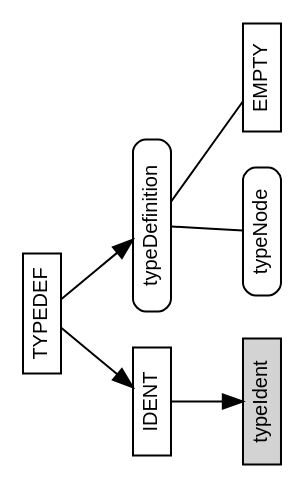
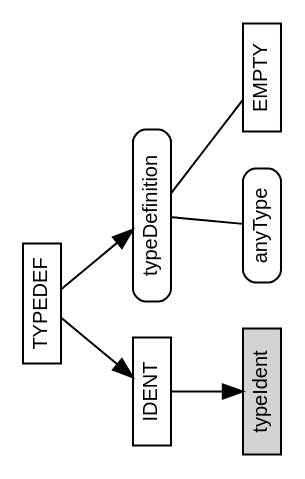
Before and after one commit to m2sf/M2-AST-Node-Diagrams: the diagram in typedef.dot, drawn with Graphviz.

```diff
--- a/typedef.dot
+++ b/typedef.dot
@@ -1,70 +1,70 @@
 /* AST node diagram generator script collection for M2C, M2J and M2Sharp.
  *
  * Copyright (c) 2016 The Modula-2 Software Foundation
  *
  * Author & Maintainer: Benjamin Kowarsch <org.m2sf>
  *
  * @synopsis
  *
  * The M2C, M2J and M2Sharp compilers are multi-dialect Modula-2 translators
  * and compilers respectively targeting C99, Java/JVM and C#/CLR, sharing a
  * common abstract syntax tree (AST) specification.
  *
  * The AST node diagram generator script collection consists of Graphviz DOT
  * descriptions for all AST node types of the common AST specification.
  *
  * The Graphviz dot utility is required to generate the diagrams. 
  * It may be obtained from http://www.graphviz.org/download.php.
  *
  * @repository
  *
  * https://github.com/m2sf/m2-ast-node-diagrams
  *
  * @file
  *
  * typedef.dot
  *
  * TYPEDEF node diagram.
  *
  * Usage: $ dot typedef.dot -Tps > typedef.ps
  *
  * @license
  *
  * This is free software: you can redistribute and/or modify it under the
  * terms of the GNU Lesser General Public License (LGPL) either version 2.1
  * or at your choice version 3 as published by the Free Software Foundation.
  * However, you may not alter the copyright, author and license information.
  *
  * It is distributed in the hope that it will be useful,  but WITHOUT
  * ANY WARRANTY; without even the implied warranty of MERCHANTABILITY or
  * FITNESS FOR A PARTICULAR PURPOSE.  Read the license for more details.
  *
  * You should have received a copy of the GNU Lesser General Public License.
  * If not, see <https://www.gnu.org/copyleft/lesser.html>.
  *
  * NB: Components in the domain part of email addresses are in reverse order.
  */
 
 /*** TYPEDEF Node ***/
 
 digraph TYPEDEF {
   graph [orientation=landscape,fontname=helvetica];
   node [fontname=helvetica,fontsize=10,shape=box,height=0.25];
   
   node [style=solid];
   edge [arrowhead=normal];
   TYPEDEF -> { id0 id1 };
   id0 [label="IDENT"];
   id1 [label="typeDefinition",style=rounded];
   
   id0 -> typeIdent;
   typeIdent [style=filled,fillcolor=lightgrey];
   
   edge [arrowhead=none];
   id1 -> { id2 id3 };
   
-  id2 [label="typeNode",style=rounded];
+  id2 [label="anyType",style=rounded];
   id3 [label="EMPTY",style=solid];
 }
 
 /* END OF FILE */
```
